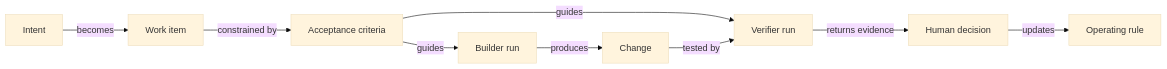
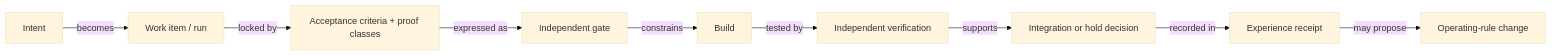
The diagram in docs/WORKFLOW.md (jbmonu87/nexus-proof-gated-loop), drawn with Mermaid (base theme) before and after one commit. The commit also changed other lines of this file and 4 other files, not shown here.

````diff
--- a/docs/WORKFLOW.md
+++ b/docs/WORKFLOW.md
@@ -35,11 +55,11 @@
 ```mermaid
 flowchart LR
-    I[Intent] -->|becomes| W[Work item]
-    W -->|constrained by| A[Acceptance criteria]
-    A -->|guides| B[Builder run]
-    A -->|guides| V[Verifier run]
-    B -->|produces| C[Change]
-    C -->|tested by| V
-    V -->|returns evidence| H[Human decision]
-    H -->|updates| R[Operating rule]
+    I[Intent] -->|becomes| W[Work item / run]
+    W -->|locked by| A[Acceptance criteria + proof classes]
+    A -->|expressed as| G[Independent gate]
+    G -->|constrains| B[Build]
+    B -->|tested by| V[Independent verification]
+    V -->|supports| D[Integration or hold decision]
+    D -->|recorded in| X[Experience receipt]
+    X -->|may propose| R[Operating-rule change]
 ```
````
